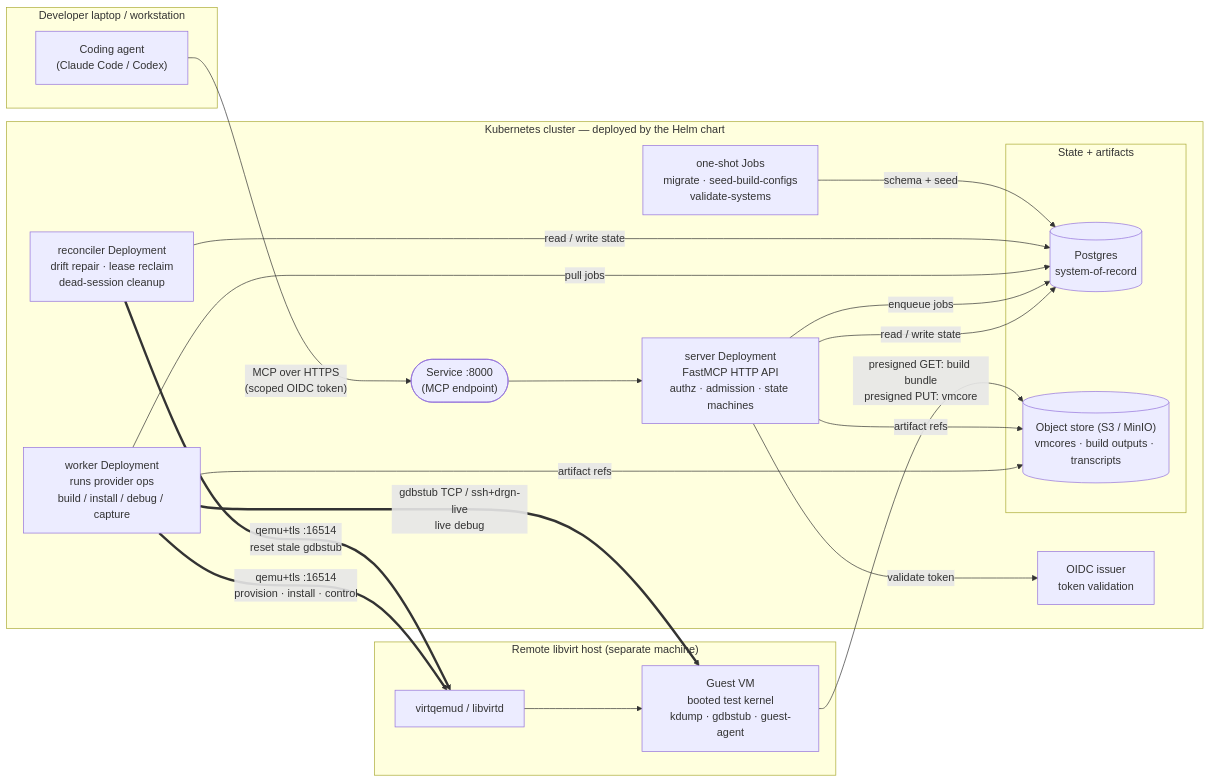
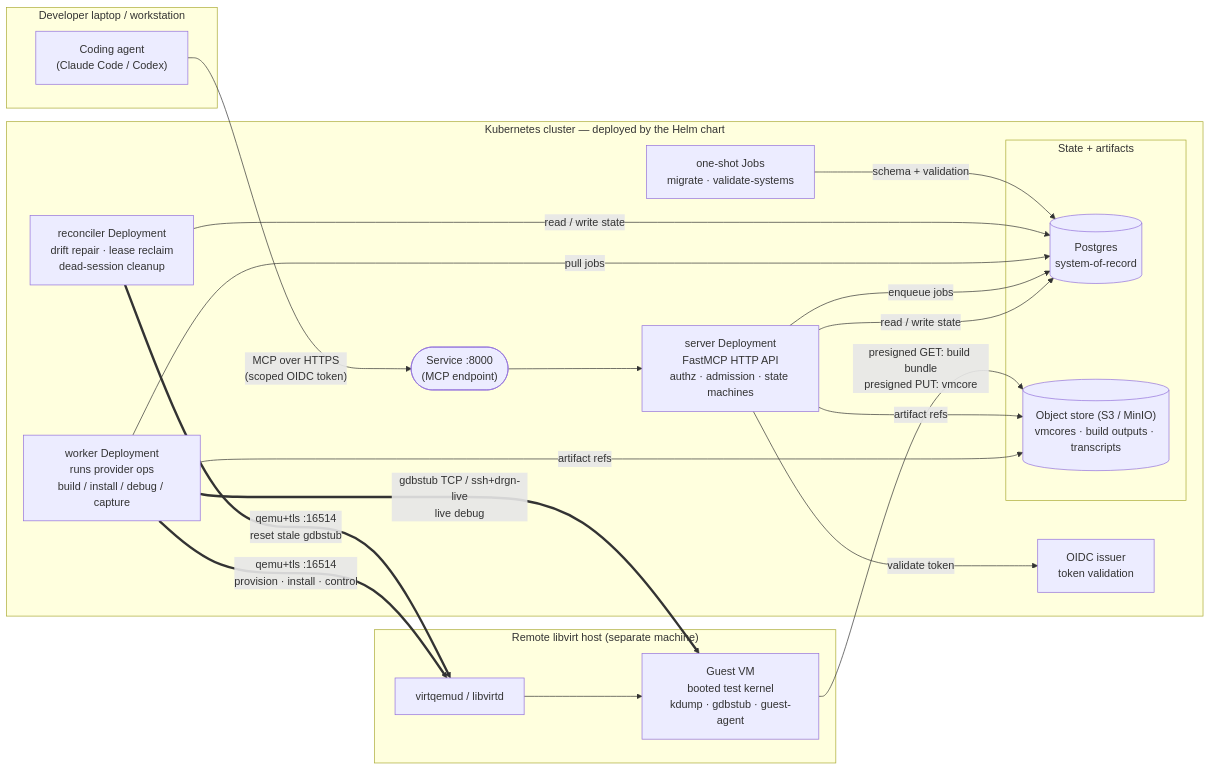
The first of 2 diagrams in docs/design/cluster-architecture-overview.md (randomparity/kdive), drawn with Mermaid before and after one commit. The commit also changed other lines of this file and 19 other files, not shown here.

````diff
--- a/docs/design/cluster-architecture-overview.md
+++ b/docs/design/cluster-architecture-overview.md
@@ -13,43 +13,43 @@
 ```mermaid
 flowchart LR
     subgraph Local["Developer laptop / workstation"]
         agent["Coding agent<br/>(Claude Code / Codex)"]
     end
 
     subgraph K8s["Kubernetes cluster — deployed by the Helm chart"]
         svc(["Service :8000<br/>(MCP endpoint)"])
         server["server Deployment<br/>FastMCP HTTP API<br/>authz · admission · state machines"]
         worker["worker Deployment<br/>runs provider ops<br/>build / install / debug / capture"]
         recon["reconciler Deployment<br/>drift repair · lease reclaim<br/>dead-session cleanup"]
-        jobs["one-shot Jobs<br/>migrate · seed-build-configs<br/>validate-systems"]
+        jobs["one-shot Jobs<br/>migrate · validate-systems"]
 
         subgraph Backends["State + artifacts"]
             pg[("Postgres<br/>system-of-record")]
             s3[("Object store (S3 / MinIO)<br/>vmcores · build outputs · transcripts")]
         end
 
         oidc["OIDC issuer<br/>token validation"]
     end
 
     subgraph Remote["Remote libvirt host (separate machine)"]
         virtd["virtqemud / libvirtd"]
         guest["Guest VM<br/>booted test kernel<br/>kdump · gdbstub · guest-agent"]
     end
 
     agent -- "MCP over HTTPS<br/>(scoped OIDC token)" --> svc
     svc --> server
     server -- "validate token" --> oidc
     server -- "read / write state" --> pg
     server -- "enqueue jobs" --> pg
     worker -- "pull jobs" --> pg
     recon -- "read / write state" --> pg
-    jobs -- "schema + seed" --> pg
+    jobs -- "schema + validation" --> pg
     worker -- "artifact refs" --> s3
     server -- "artifact refs" --> s3
 
     worker == "qemu+tls :16514<br/>provision · install · control" ==> virtd
     recon  == "qemu+tls :16514<br/>reset stale gdbstub" ==> virtd
     worker == "gdbstub TCP / ssh+drgn-live<br/>live debug" ==> guest
     virtd --> guest
     guest -- "presigned GET: build bundle<br/>presigned PUT: vmcore" --> s3
 ```
````
